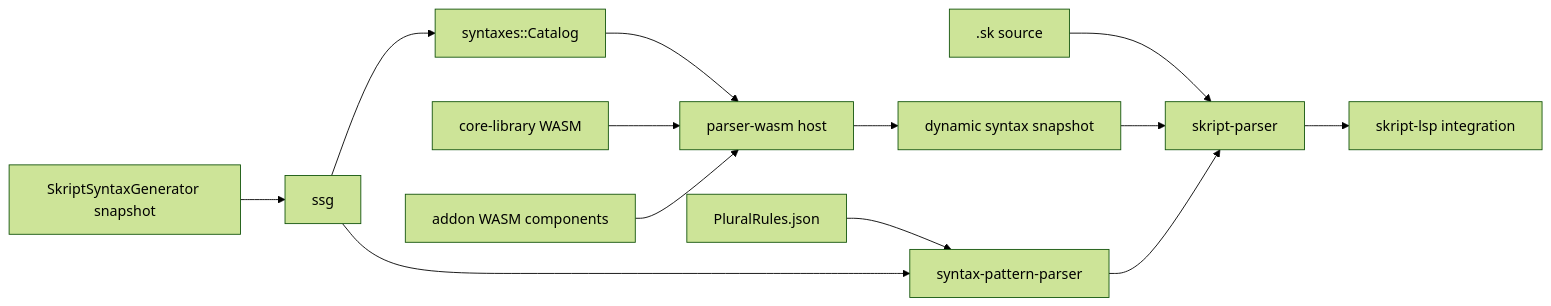
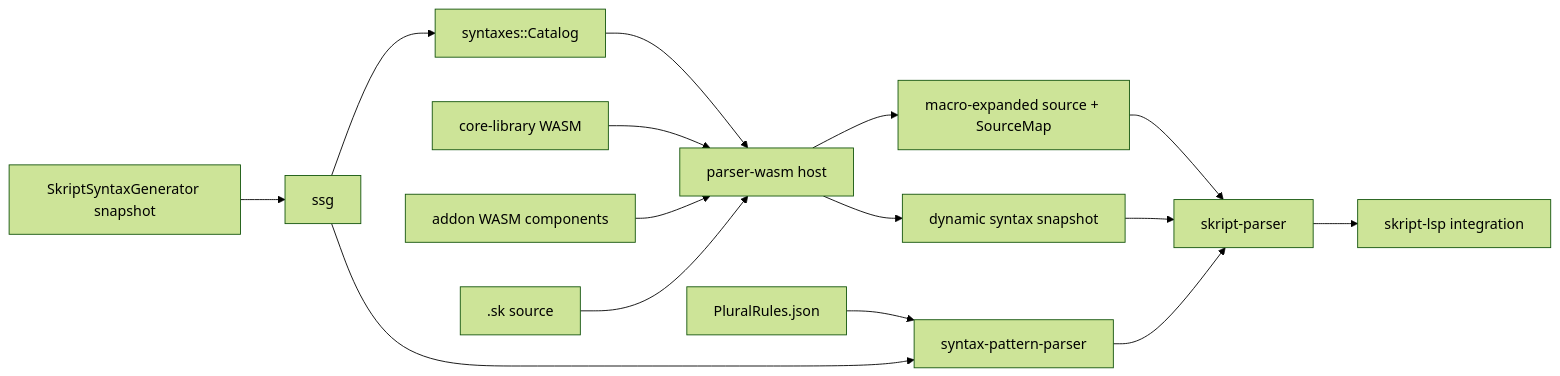
One commit to nlaocs/Skript-LSP changed the diagram in README.md. Above: the diagram before and after it, drawn with Mermaid (forest theme). The commit also changed other lines of this file and 9 other files, not shown here.

````diff
--- a/README.md
+++ b/README.md
@@ -24,15 +24,17 @@
 ```mermaid
 flowchart LR
     SSG["SkriptSyntaxGenerator snapshot"] --> Loader["ssg"]
     Loader --> Catalog["syntaxes::Catalog"]
     Rules["PluralRules.json"] --> Patterns["syntax-pattern-parser"]
     Loader --> Patterns
     Catalog --> Host["parser-wasm host"]
     Core["core-library WASM"] --> Host
     Addons["addon WASM components"] --> Host
     Host --> Dynamic["dynamic syntax snapshot"]
-    Source[".sk source"] --> Parser["skript-parser"]
+    Source[".sk source"] --> Host
+    Host --> Expanded["macro-expanded source + SourceMap"]
+    Expanded --> Parser["skript-parser"]
     Parser --> LSP["skript-lsp integration"]
     Dynamic --> Parser
     Patterns --> Parser
 ```
````
